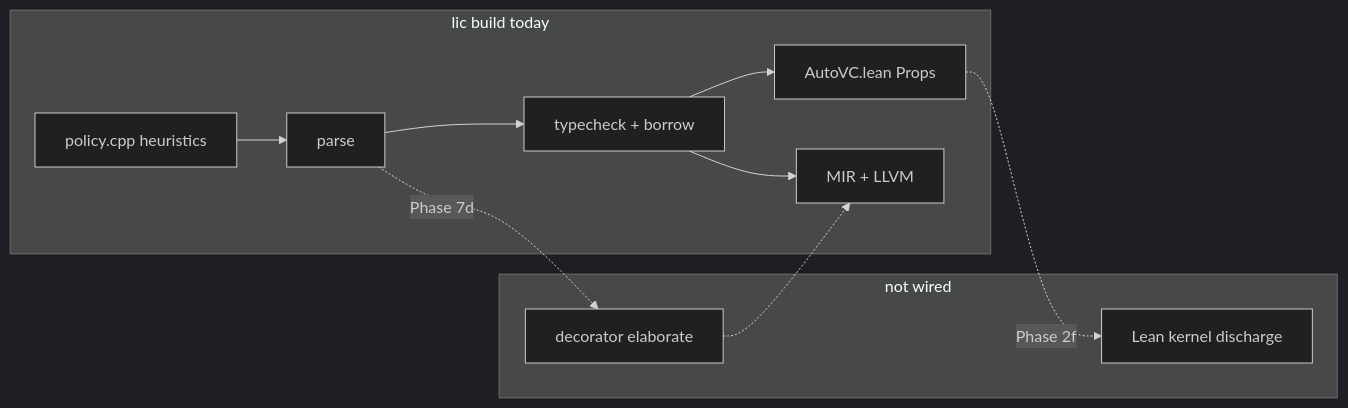
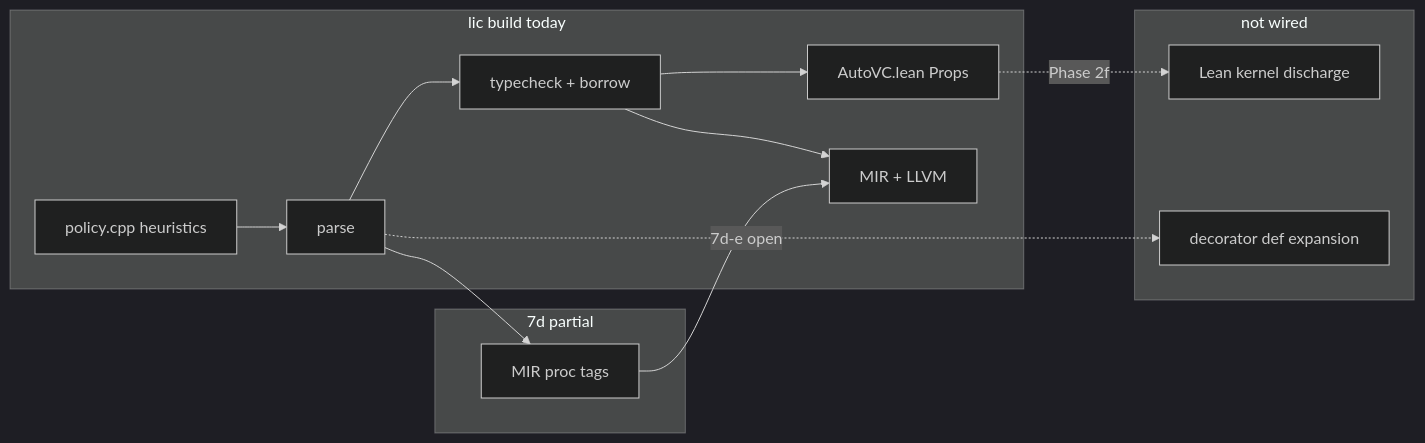
The diagram in docs/verification/provability-gaps.md (li-langverse/lic), drawn with Mermaid (dark theme) before and after one commit. The commit also changed other lines of this file and 13 other files, not shown here.

First line of the commit message:
feat(7d): add @cpu MIR placement tag and mir_cpu_def telemetry

````diff
--- a/docs/verification/provability-gaps.md
+++ b/docs/verification/provability-gaps.md
@@ -142,19 +142,23 @@
 ```mermaid
 flowchart LR
   subgraph today [lic build today]
     pol[policy.cpp heuristics]
     par[parse]
     tc[typecheck + borrow]
     vc[AutoVC.lean Props]
     mir[MIR + LLVM]
     pol --> par --> tc --> vc
     tc --> mir
   end
   subgraph missing [not wired]
     lean[Lean kernel discharge]
-    dec[decorator elaborate]
+    dec_exp[decorator def expansion]
+  end
+  subgraph partial [7d partial]
+    dec_tags[MIR proc tags]
   end
   vc -.->|Phase 2f| lean
-  par -.->|Phase 7d| dec
-  dec -.-> mir
+  par --> dec_tags
+  dec_tags --> mir
+  par -.->|7d-e open| dec_exp
 ```
````
